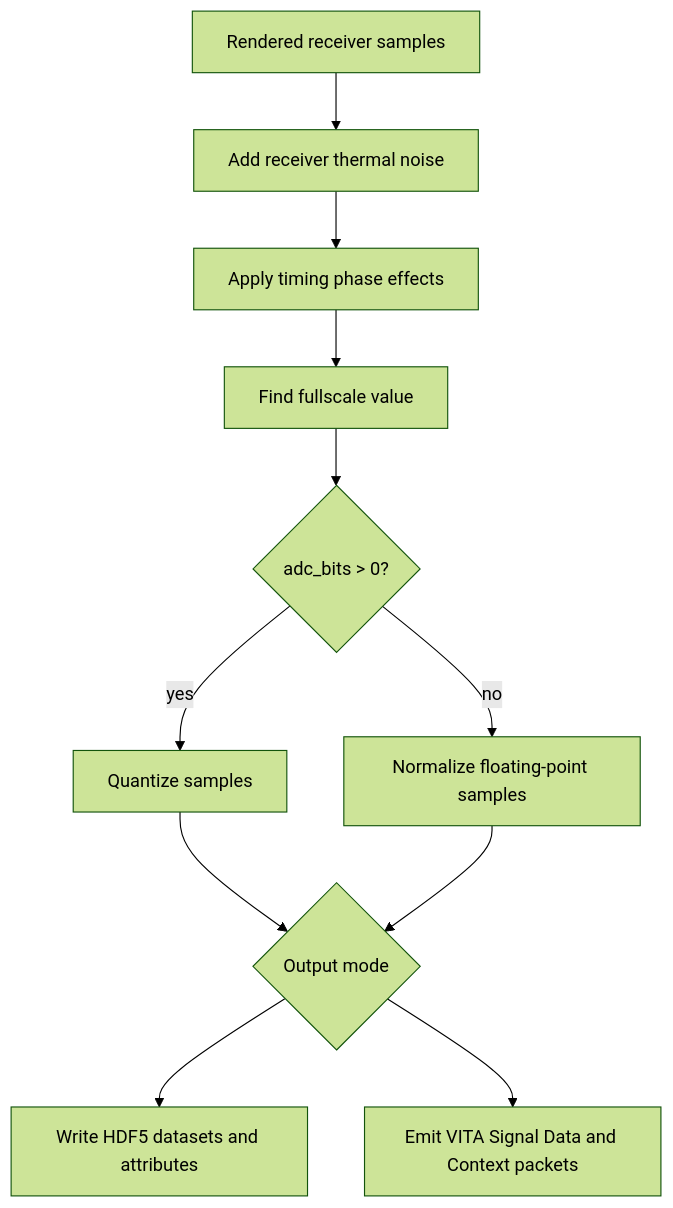
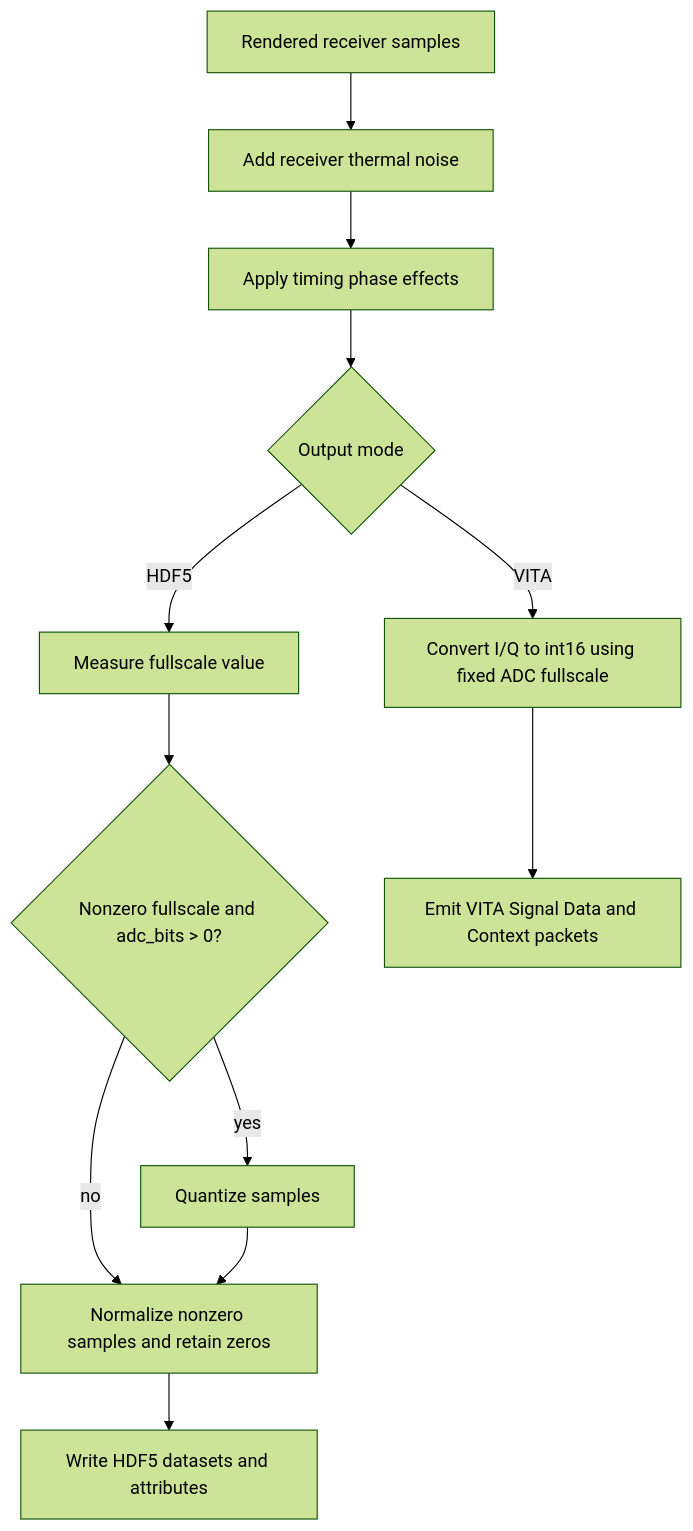
One commit to davidbits/FERS changed the tenth of 10 diagrams in docs/wiki/Simulation-Pipelines.md. Above: the diagram before and after it, drawn with Mermaid (forest theme). The commit also changed other lines of this file and 3 other files, not shown here.

First line of the commit message:
fix(processing): preserve zero ADC samples

````diff
--- a/docs/wiki/Simulation-Pipelines.md
+++ b/docs/wiki/Simulation-Pipelines.md
@@ -255,13 +255,14 @@
 ```mermaid
 flowchart TD
     A[Rendered receiver samples] --> B[Add receiver thermal noise]
     B --> C[Apply timing phase effects]
-    C --> D[Find fullscale value]
-    D --> E{adc_bits > 0?}
-    E -- yes --> F[Quantize samples]
-    E -- no --> G[Normalize floating-point samples]
-    F --> H{Output mode}
+    C --> D{Output mode}
+    D -- HDF5 --> E[Measure fullscale value]
+    E --> F{Nonzero fullscale and adc_bits > 0?}
+    F -- yes --> G[Quantize samples]
+    F -- no --> H[Normalize nonzero samples and retain zeros]
     G --> H
     H --> I[Write HDF5 datasets and attributes]
-    H --> J[Emit VITA Signal Data and Context packets]
+    D -- VITA --> J[Convert I/Q to int16 using fixed ADC fullscale]
+    J --> K[Emit VITA Signal Data and Context packets]
 ```
````
